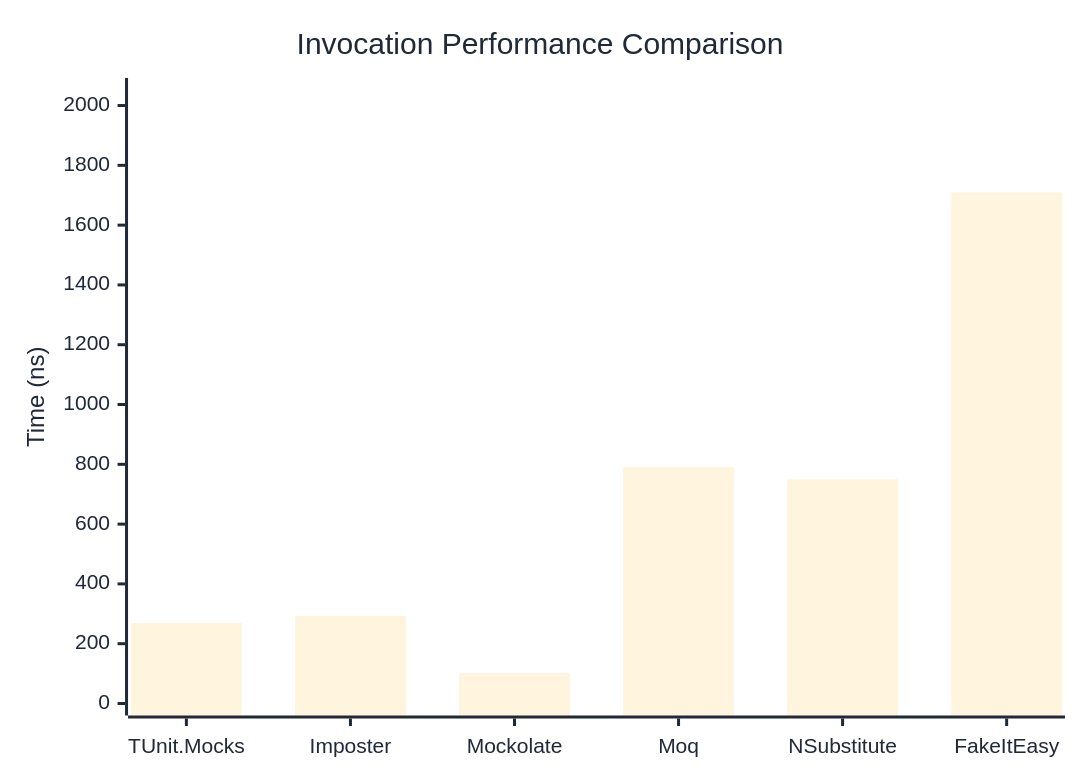
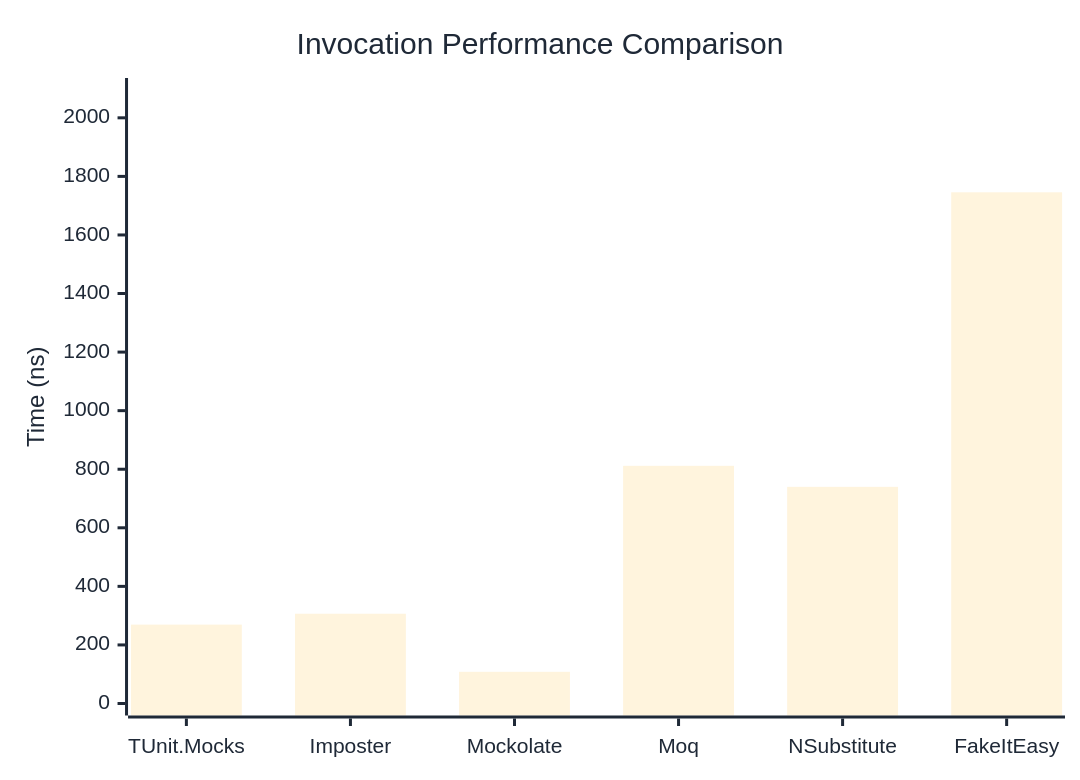
The first of 3 diagrams in docs/docs/benchmarks/mocks/Invocation.md (thomhurst/TUnit), drawn with Mermaid before and after one commit. The commit also changed other lines of this file and 14 other files, not shown here.

````diff
--- a/docs/docs/benchmarks/mocks/Invocation.md
+++ b/docs/docs/benchmarks/mocks/Invocation.md
@@ -30,27 +30,27 @@
 ```mermaid
 %%{init: {
   'theme':'base',
   'themeVariables': {
     'primaryColor': '#2563eb',
     'primaryTextColor': '#1f2937',
     'primaryBorderColor': '#1e40af',
     'lineColor': '#6b7280',
     'secondaryColor': '#7c3aed',
     'tertiaryColor': '#dc2626',
     'background': '#ffffff',
     'pie1': '#2563eb',
     'pie2': '#7c3aed',
     'pie3': '#dc2626',
     'pie4': '#f59e0b',
     'pie5': '#10b981',
     'pie6': '#06b6d4',
     'pie7': '#ec4899',
     'pie8': '#6366f1'
   }
 }}%%
 xychart-beta
   title "Invocation Performance Comparison"
   x-axis ["TUnit.Mocks", "Imposter", "Mockolate", "Moq", "NSubstitute", "FakeItEasy"]
-  y-axis "Time (ns)" 0 --> 2052
-  bar [268.85, 292.85, 101.62, 790.46, 749.79, 1709.31]
+  y-axis "Time (ns)" 0 --> 2095
+  bar [269.4, 306.52, 108.22, 811.63, 739.87, 1745.67]
 ```
````
